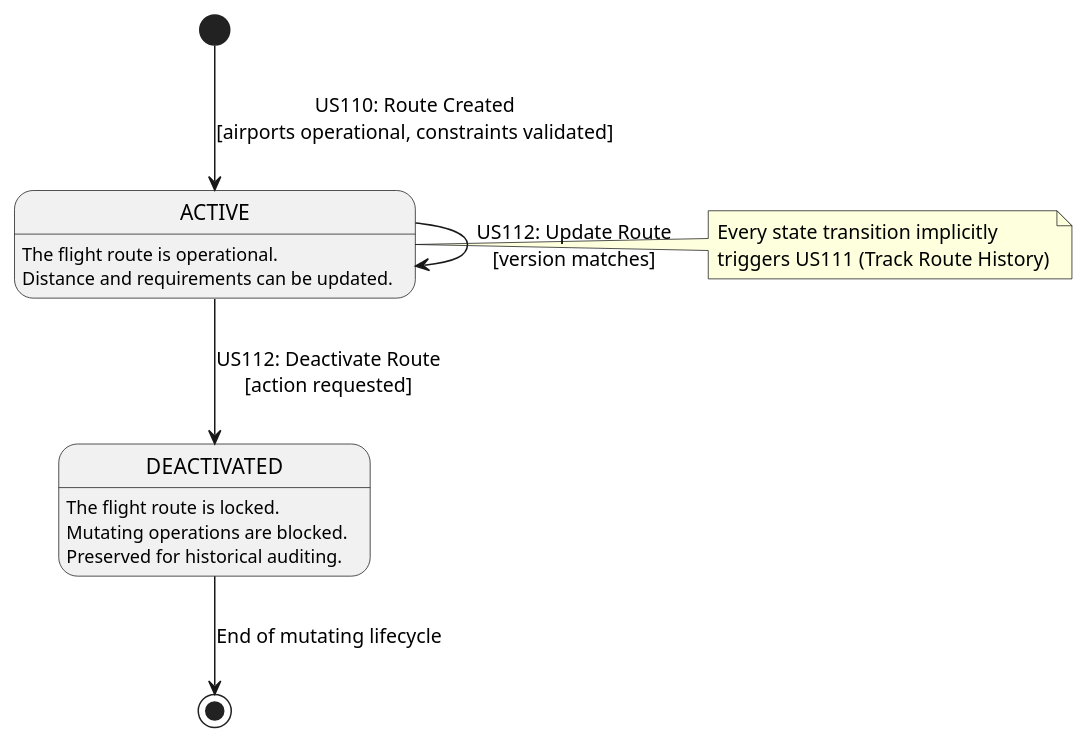
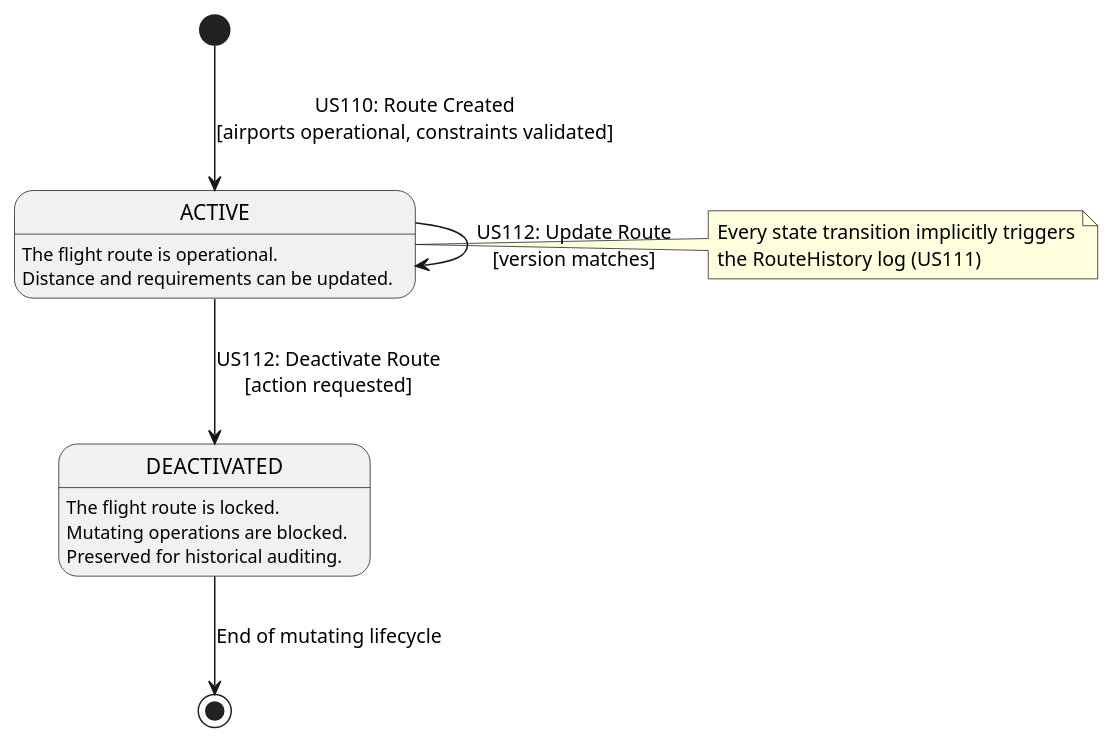
Before and after one commit to Andre-1240567/psoft2026_2DB_1240567_1241013_1240624: the diagram in docs/use-cases/WP#3A/puml/WP#3A-SMD.puml, drawn with PlantUML. The commit also changed 43 other files, not shown here.

```diff
--- a/docs/use-cases/WP#3A/puml/WP#3A-SMD.puml
+++ b/docs/use-cases/WP#3A/puml/WP#3A-SMD.puml
@@ -1,27 +1,27 @@
 @startuml
 hide empty description
 
 [*] --> ACTIVE : US110: Route Created\n[airports operational, constraints validated]
 
 state ACTIVE {
   ACTIVE : The flight route is operational.
   ACTIVE : Distance and requirements can be updated.
 }
 
 state DEACTIVATED {
   DEACTIVATED : The flight route is locked.
   DEACTIVATED : Mutating operations are blocked.
   DEACTIVATED : Preserved for historical auditing.
 }
 
 ACTIVE --> ACTIVE : US112: Update Route\n[version matches]
 ACTIVE --> DEACTIVATED : US112: Deactivate Route\n[action requested]
 
 DEACTIVATED --> [*] : End of mutating lifecycle
 
 note right of ACTIVE
-  Every state transition implicitly
-  triggers US111 (Track Route History)
+  Every state transition implicitly triggers
+  the RouteHistory log (US111)
 end note
 
 @enduml
```
